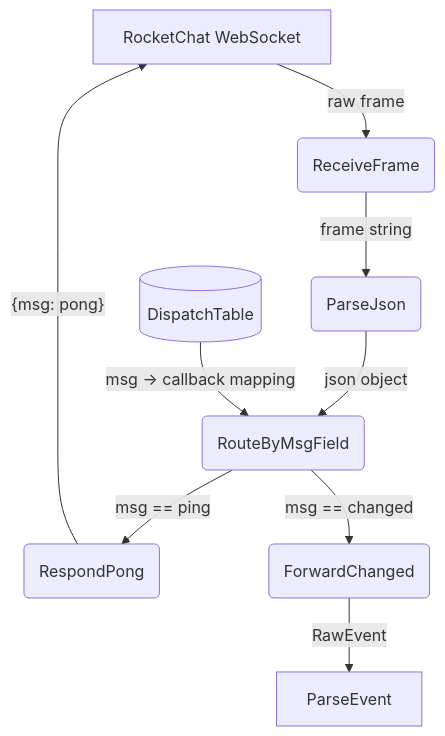
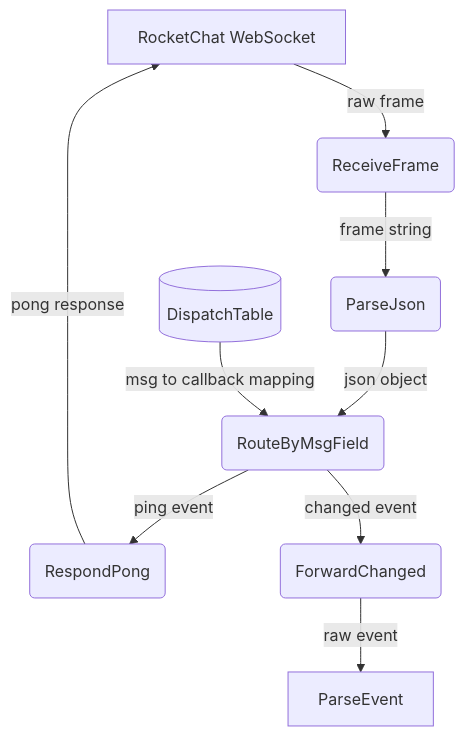
Before and after one commit to cosmoswafer/rockbot: the fourth of 5 diagrams in _dfds/rocketchat.md, drawn with Mermaid. The commit also changed other lines of this file and 7 other files, not shown here.

````diff
--- a/_dfds/rocketchat.md
+++ b/_dfds/rocketchat.md
@@ -112,19 +107,19 @@
 ```mermaid
 flowchart TD
     WS[RocketChat WebSocket]
     RECV(ReceiveFrame)
     PARSE(ParseJson)
     ROUTE(RouteByMsgField)
     CMD[(DispatchTable)]
     PONG(RespondPong)
     FORWARD(ForwardChanged)
 
     WS -->|"raw frame"| RECV
     RECV -->|"frame string"| PARSE
     PARSE -->|"json object"| ROUTE
-    CMD -->|"msg → callback mapping"| ROUTE
-    ROUTE -->|"msg == ping"| PONG
-    PONG -->|"{msg: pong}"| WS
-    ROUTE -->|"msg == changed"| FORWARD
-    FORWARD -->|"RawEvent"| PARSE_PROC[ParseEvent]
+    CMD -->|"msg to callback mapping"| ROUTE
+    ROUTE -->|"ping event"| PONG
+    PONG -->|"pong response"| WS
+    ROUTE -->|"changed event"| FORWARD
+    FORWARD -->|"raw event"| PARSE_PROC[ParseEvent]
 ```
````
